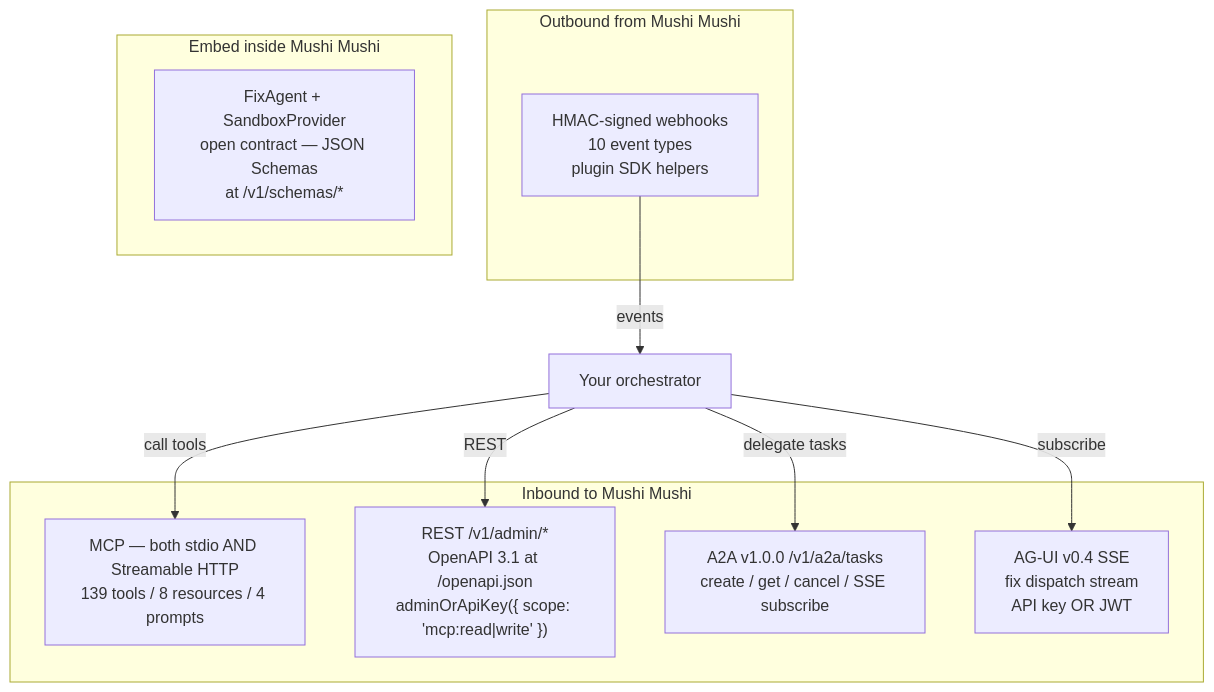
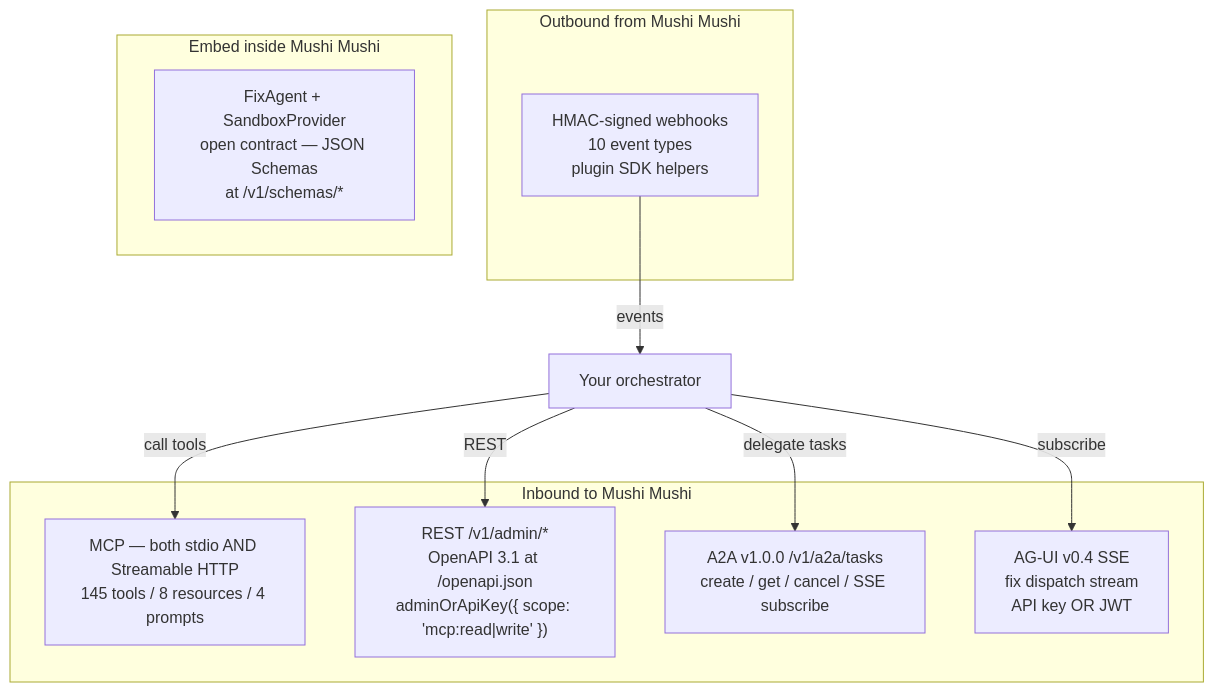
The diagram in apps/docs/content/concepts/orchestrator-interop.mdx (kensaurus/mushi-mushi), drawn with Mermaid before and after one commit. The commit also changed other lines of this file and 88 other files, not shown here.

````diff
--- a/apps/docs/content/concepts/orchestrator-interop.mdx
+++ b/apps/docs/content/concepts/orchestrator-interop.mdx
@@ -32,20 +32,20 @@
 ```mermaid
 flowchart TB
   subgraph Inbound["Inbound to Mushi Mushi"]
-    MCP["MCP — both stdio AND Streamable HTTP<br/>139 tools / 8 resources / 4 prompts"]
+    MCP["MCP — both stdio AND Streamable HTTP<br/>145 tools / 8 resources / 4 prompts"]
     REST["REST /v1/admin/*<br/>OpenAPI 3.1 at /openapi.json<br/>adminOrApiKey({ scope: 'mcp:read|write' })"]
     A2A["A2A v1.0.0 /v1/a2a/tasks<br/>create / get / cancel / SSE subscribe"]
     AGUI["AG-UI v0.4 SSE<br/>fix dispatch stream<br/>API key OR JWT"]
   end
   subgraph Outbound["Outbound from Mushi Mushi"]
     Hooks["HMAC-signed webhooks<br/>10 event types<br/>plugin SDK helpers"]
   end
   subgraph Native["Embed inside Mushi Mushi"]
     FA["FixAgent + SandboxProvider<br/>open contract — JSON Schemas<br/>at /v1/schemas/*"]
   end
   Orch["Your orchestrator"] -->|"call tools"| MCP
   Orch -->|"REST"| REST
   Orch -->|"delegate tasks"| A2A
   Orch -->|"subscribe"| AGUI
   Hooks -->|"events"| Orch
 ```
````
